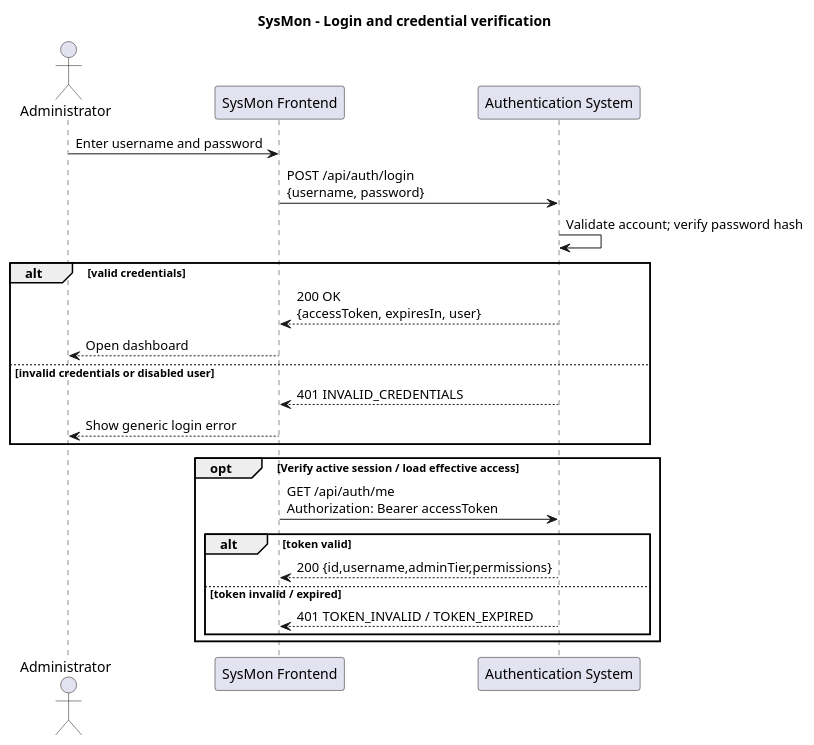
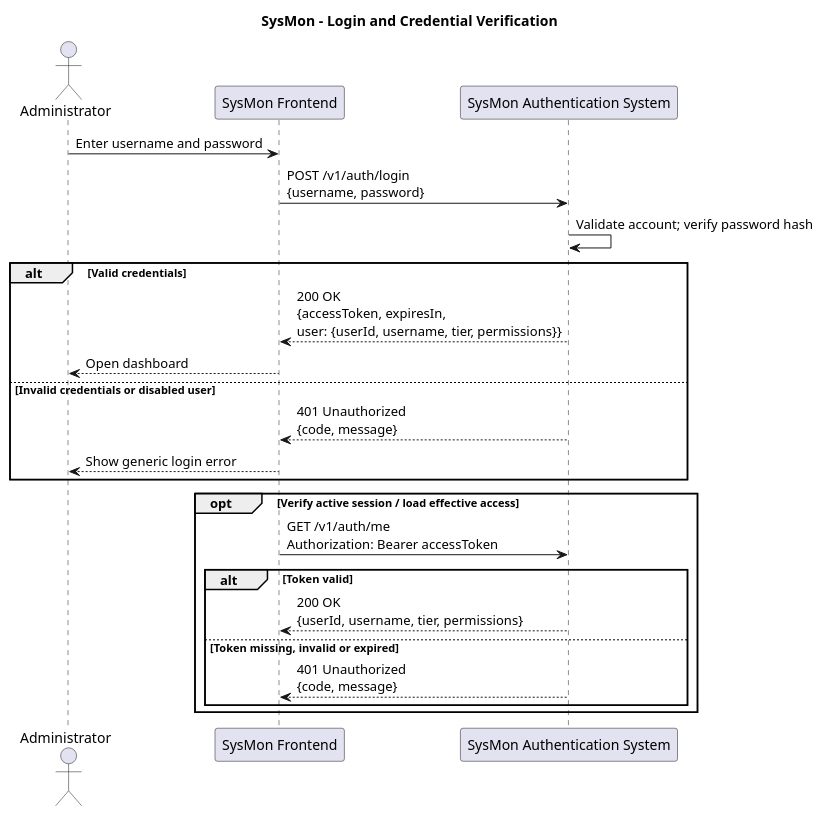
Before and after one commit to hriday111/SysMon: the diagram in Task3/sequence_diagrams/src/01_login_credentials.puml, drawn with PlantUML. The commit also changed 16 other files, not shown here.

```diff
--- a/Task3/sequence_diagrams/src/01_login_credentials.puml
+++ b/Task3/sequence_diagrams/src/01_login_credentials.puml
@@ -1,24 +1,29 @@
 @startuml
- title SysMon - Login and credential verification
- actor Administrator as A
- participant "SysMon Frontend" as FE
- participant "Authentication System" as AUTH
- A -> FE: Enter username and password
- FE -> AUTH: POST /api/auth/login\n{username, password}
- AUTH -> AUTH: Validate account; verify password hash
- alt valid credentials
-   AUTH --> FE: 200 OK\n{accessToken, expiresIn, user}
-   FE --> A: Open dashboard
- else invalid credentials or disabled user
-   AUTH --> FE: 401 INVALID_CREDENTIALS
-   FE --> A: Show generic login error
- end
- opt Verify active session / load effective access
-   FE -> AUTH: GET /api/auth/me\nAuthorization: Bearer accessToken
-   alt token valid
-     AUTH --> FE: 200 {id,username,adminTier,permissions}
-   else token invalid / expired
-     AUTH --> FE: 401 TOKEN_INVALID / TOKEN_EXPIRED
-   end
- end
+title SysMon - Login and Credential Verification
+
+actor Administrator as A
+participant "SysMon Frontend" as FE
+participant "SysMon Authentication System" as AUTH
+
+A -> FE : Enter username and password
+FE -> AUTH : POST /v1/auth/login\n{username, password}
+AUTH -> AUTH : Validate account; verify password hash
+
+alt Valid credentials
+  AUTH --> FE : 200 OK\n{accessToken, expiresIn,\nuser: {userId, username, tier, permissions}}
+  FE --> A : Open dashboard
+else Invalid credentials or disabled user
+  AUTH --> FE : 401 Unauthorized\n{code, message}
+  FE --> A : Show generic login error
+end
+
+opt Verify active session / load effective access
+  FE -> AUTH : GET /v1/auth/me\nAuthorization: Bearer accessToken
+  alt Token valid
+    AUTH --> FE : 200 OK\n{userId, username, tier, permissions}
+  else Token missing, invalid or expired
+    AUTH --> FE : 401 Unauthorized\n{code, message}
+  end
+end
+
 @enduml
```
